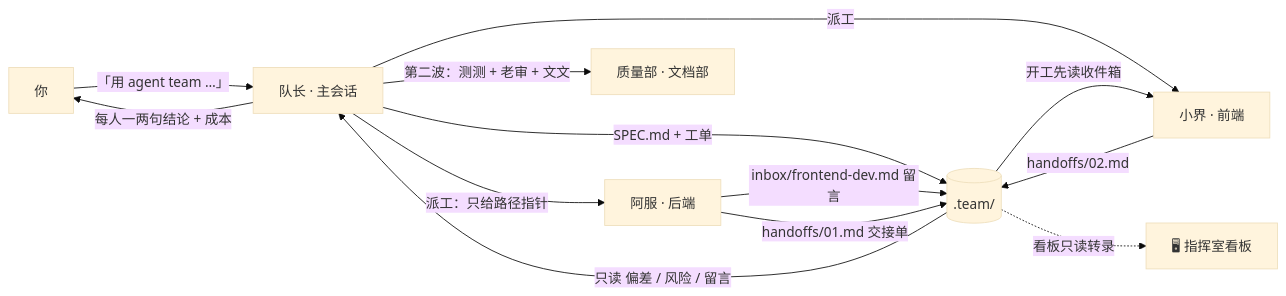
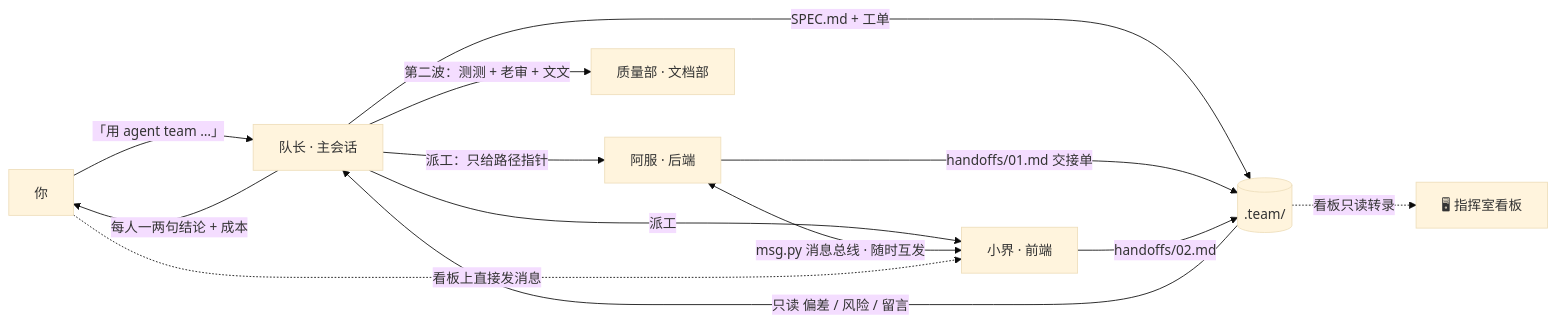
One commit to another-bbzj/claude-agent-team changed the diagram in README.md. Above: the diagram before and after it, drawn with Mermaid (base theme). The commit also changed other lines of this file and 33 other files, not shown here.

````diff
--- a/README.md
+++ b/README.md
@@ -154,15 +159,15 @@
 ```mermaid
 flowchart LR
     U[你] -->|「用 agent team …」| L[队长 · 主会话]
     L -->|SPEC.md + 工单| T[(.team/)]
     L -->|派工：只给路径指针| A[阿服 · 后端]
     L -->|派工| B[小界 · 前端]
-    A -->|inbox/frontend-dev.md 留言| T
-    T -->|开工先读收件箱| B
+    A <-->|msg.py 消息总线 · 随时互发| B
+    U -.->|看板上直接发消息| B
     A -->|handoffs/01.md 交接单| T
     B -->|handoffs/02.md| T
     T -->|只读 偏差 / 风险 / 留言| L
     L -->|第二波：测测 + 老审 + 文文| Q[质量部 · 文档部]
     L -->|每人一两句结论 + 成本| U
     T -. 看板只读转录 .-> D[🖥 指挥室看板]
 ```
````
